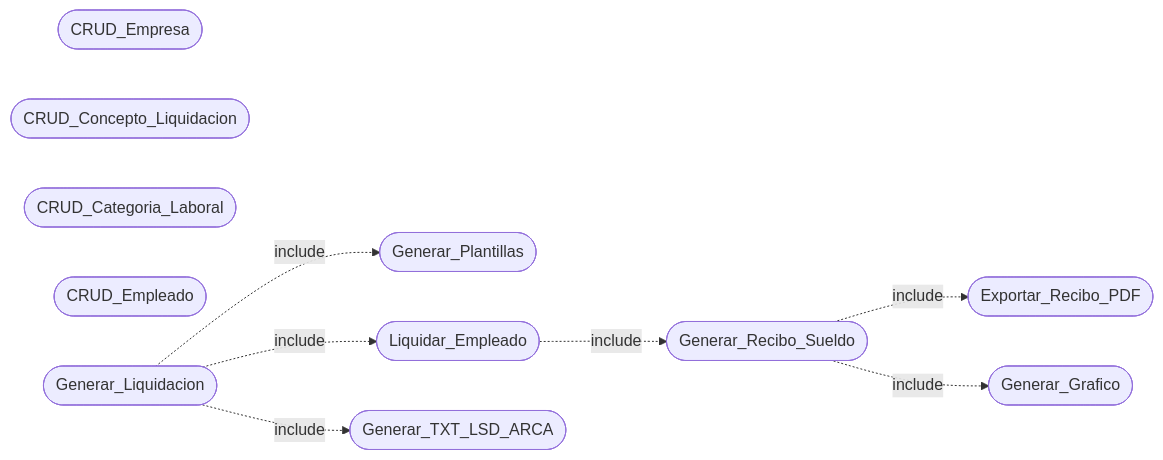
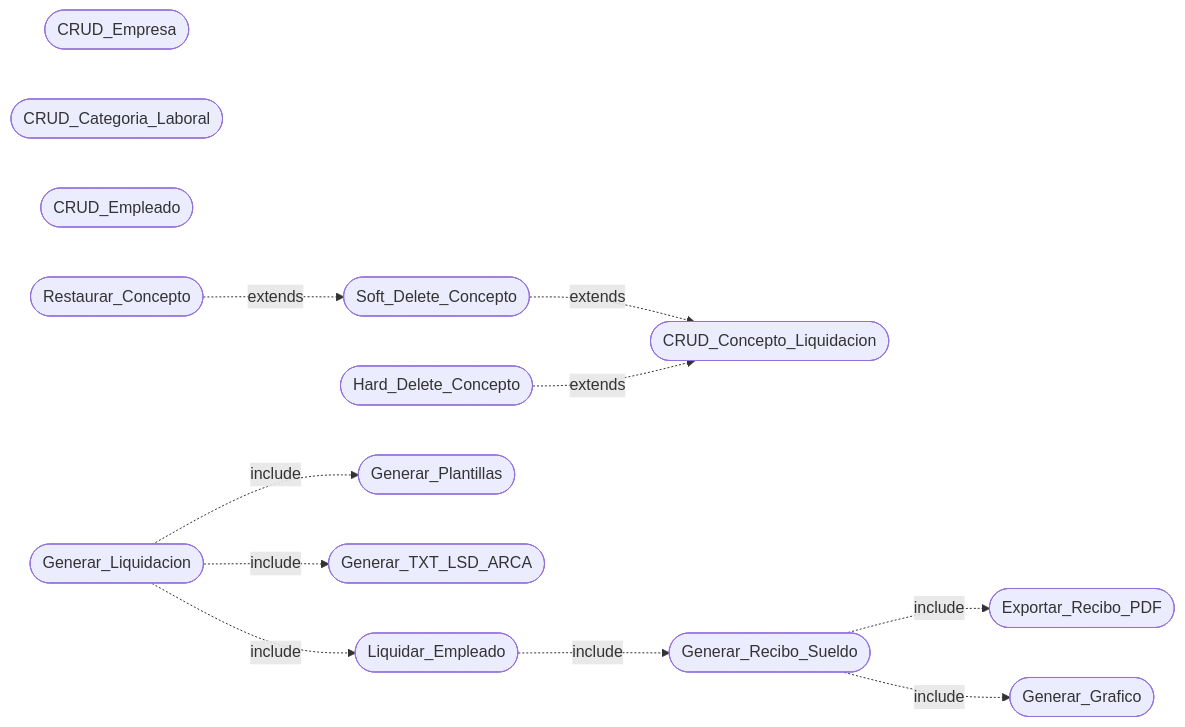
Before and after one commit to IgnacioAusili/ms_contable: the first of 2 diagrams in docs/spec.md, drawn with Mermaid. The commit also changed 5 other files, not shown here.

````diff
--- a/docs/spec.md
+++ b/docs/spec.md
@@ -36,25 +36,35 @@
 ```mermaid
+
 flowchart LR
     CRUD_Empresa([CRUD_Empresa])
-    CRUD_Concepto_Liquidacion([CRUD_Concepto_Liquidacion])
     CRUD_Categoria_Laboral([CRUD_Categoria_Laboral])
     CRUD_Empleado([CRUD_Empleado])
 
+    CRUD_Concepto_Liquidacion([CRUD_Concepto_Liquidacion])
+
+    Soft_Delete_Concepto([Soft_Delete_Concepto])
+    Hard_Delete_Concepto([Hard_Delete_Concepto])
+    Restaurar_Concepto([Restaurar_Concepto])
+
+    Generar_Liquidacion([Generar_Liquidacion])
+
     Generar_Plantillas([Generar_Plantillas])
-    Generar_Liquidacion([Generar_Liquidacion])
+    Generar_TXT_LSD_ARCA([Generar_TXT_LSD_ARCA])
     Liquidar_Empleado([Liquidar_Empleado])
 
     Generar_Recibo_Sueldo([Generar_Recibo_Sueldo])
+
     Exportar_Recibo_PDF([Exportar_Recibo_PDF])
     Generar_Grafico([Generar_Grafico])
 
-    Generar_TXT_LSD_ARCA([Generar_TXT_LSD_ARCA])
+    Soft_Delete_Concepto -.->|extends| CRUD_Concepto_Liquidacion
+    Hard_Delete_Concepto -.->|extends| CRUD_Concepto_Liquidacion
+    Restaurar_Concepto -.->|extends| Soft_Delete_Concepto
 
     Generar_Liquidacion -.->|include| Generar_Plantillas
+    Generar_Liquidacion -.->|include| Generar_TXT_LSD_ARCA    
     Generar_Liquidacion -.->|include| Liquidar_Empleado
     Liquidar_Empleado -.->|include| Generar_Recibo_Sueldo
     Generar_Recibo_Sueldo -.->|include| Exportar_Recibo_PDF
     Generar_Recibo_Sueldo -.->|include| Generar_Grafico
-
-    Generar_Liquidacion -.->|include| Generar_TXT_LSD_ARCA
 ```
````
